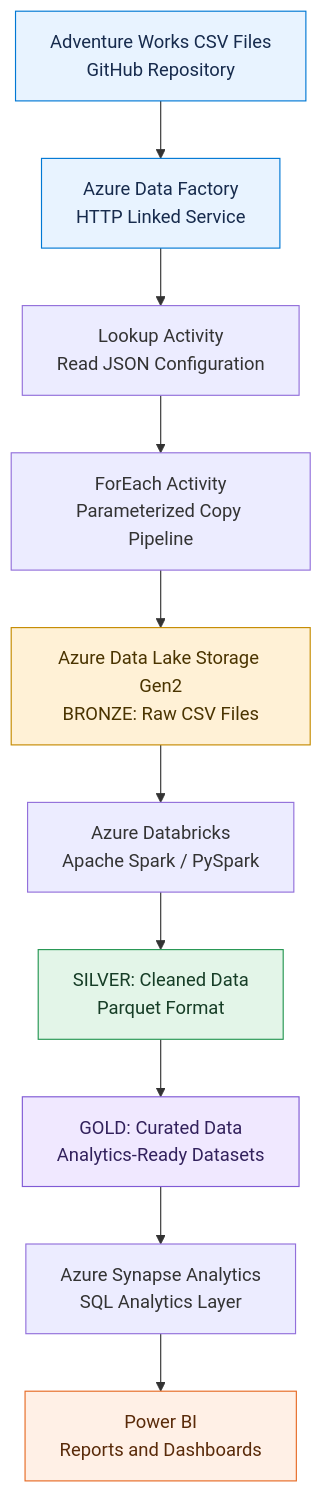
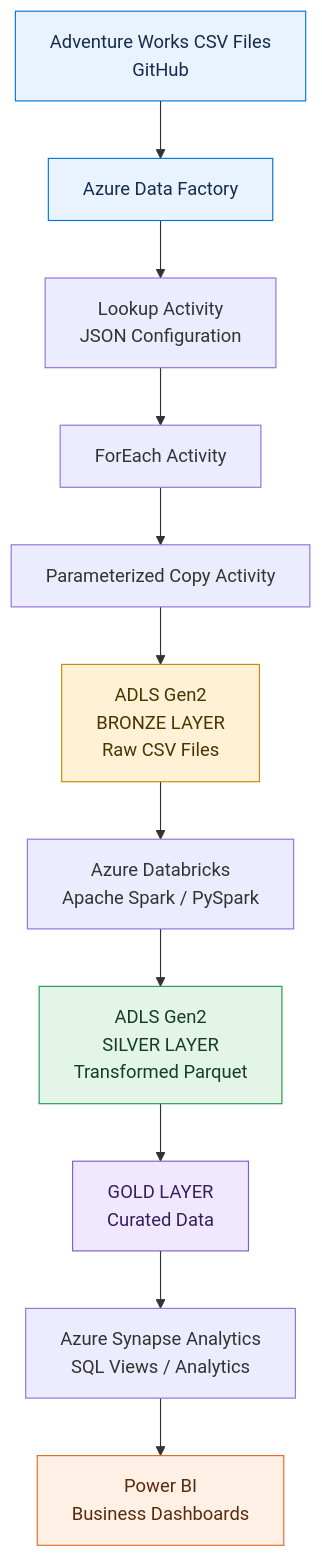
One commit to Shalini-Singh11/adventure-works-azure-data-engineering changed the diagram in README.md. Above: the diagram before and after it, drawn with Mermaid. The commit also changed other lines of this file, not shown here.

````diff
--- a/README.md
+++ b/README.md
@@ -114,22 +121,27 @@
 ```mermaid
 flowchart TD
-    A["Adventure Works CSV Files<br/>GitHub Repository"] --> B["Azure Data Factory<br/>HTTP Linked Service"]
+    A["Adventure Works CSV Files<br/>GitHub"] --> B["Azure Data Factory"]
 
-    B --> C["Lookup Activity<br/>Read JSON Configuration"]
-    C --> D["ForEach Activity<br/>Parameterized Copy Pipeline"]
-    D --> E["Azure Data Lake Storage Gen2<br/>BRONZE: Raw CSV Files"]
+    B --> C["Lookup Activity<br/>JSON Configuration"]
+    C --> D["ForEach Activity"]
+    D --> E["Parameterized Copy Activity"]
 
-    E --> F["Azure Databricks<br/>Apache Spark / PySpark"]
-    F --> G["SILVER: Cleaned Data<br/>Parquet Format"]
+    E --> F["ADLS Gen2<br/>BRONZE LAYER<br/>Raw CSV Files"]
 
-    G --> H["GOLD: Curated Data<br/>Analytics-Ready Datasets"]
-    H --> I["Azure Synapse Analytics<br/>SQL Analytics Layer"]
-    I --> J["Power BI<br/>Reports and Dashboards"]
+    F --> G["Azure Databricks<br/>Apache Spark / PySpark"]
+
+    G --> H["ADLS Gen2<br/>SILVER LAYER<br/>Transformed Parquet"]
+
+    H --> I["GOLD LAYER<br/>Curated Data"]
+
+    I --> J["Azure Synapse Analytics<br/>SQL Views / Analytics"]
+
+    J --> K["Power BI<br/>Business Dashboards"]
 
     style A fill:#E8F3FF,stroke:#0078D4,color:#172B4D
     style B fill:#E8F3FF,stroke:#0078D4,color:#172B4D
-    style E fill:#FFF1D6,stroke:#C58B00,color:#4A3400
-    style G fill:#E3F5E8,stroke:#269653,color:#163D26
-    style H fill:#F0E8FF,stroke:#805AD5,color:#32215C
-    style J fill:#FFF0E6,stroke:#E66B25,color:#5A2B0A
+    style F fill:#FFF1D6,stroke:#C58B00,color:#4A3400
+    style H fill:#E3F5E8,stroke:#269653,color:#163D26
+    style I fill:#F0E8FF,stroke:#805AD5,color:#32215C
+    style K fill:#FFF0E6,stroke:#E66B25,color:#5A2B0A
 ```
````
